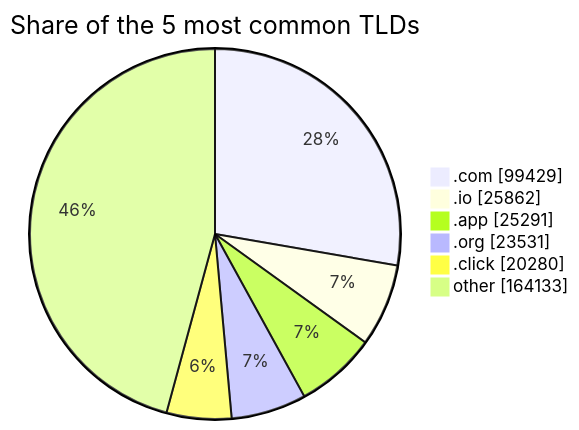
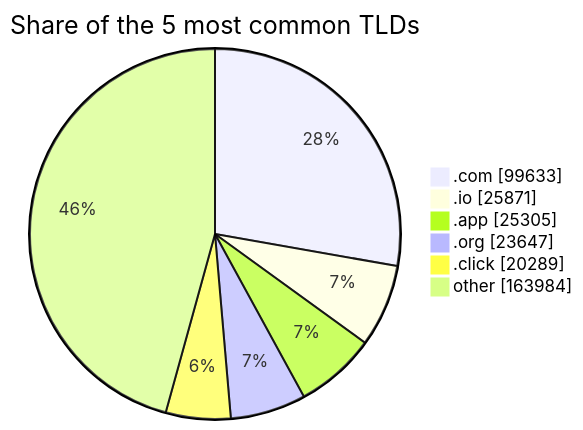
One commit to DNSBunker/CTI changed the third of 3 diagrams in README.md. Above: the diagram before and after it, drawn with Mermaid. The commit also changed other lines of this file and 3 other files, not shown here.

````diff
--- a/README.md
+++ b/README.md
@@ -81,9 +81,9 @@
 ```mermaid
 pie showData title Share of the 5 most common TLDs
-    ".com" : 99429
-    ".io" : 25862
-    ".app" : 25291
-    ".org" : 23531
-    ".click" : 20280
-    "other" : 164133
+    ".com" : 99633
+    ".io" : 25871
+    ".app" : 25305
+    ".org" : 23647
+    ".click" : 20289
+    "other" : 163984
 ```
````
